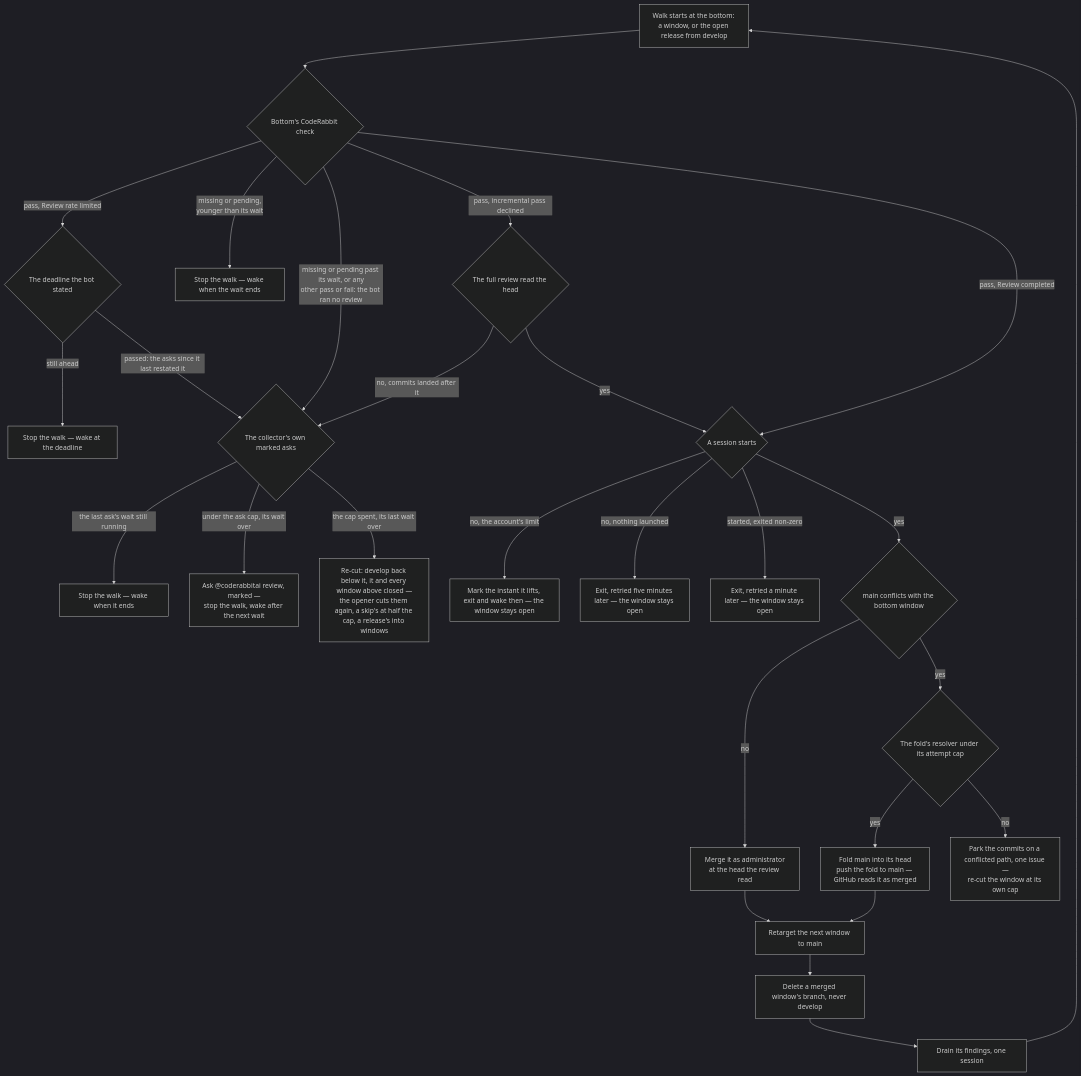
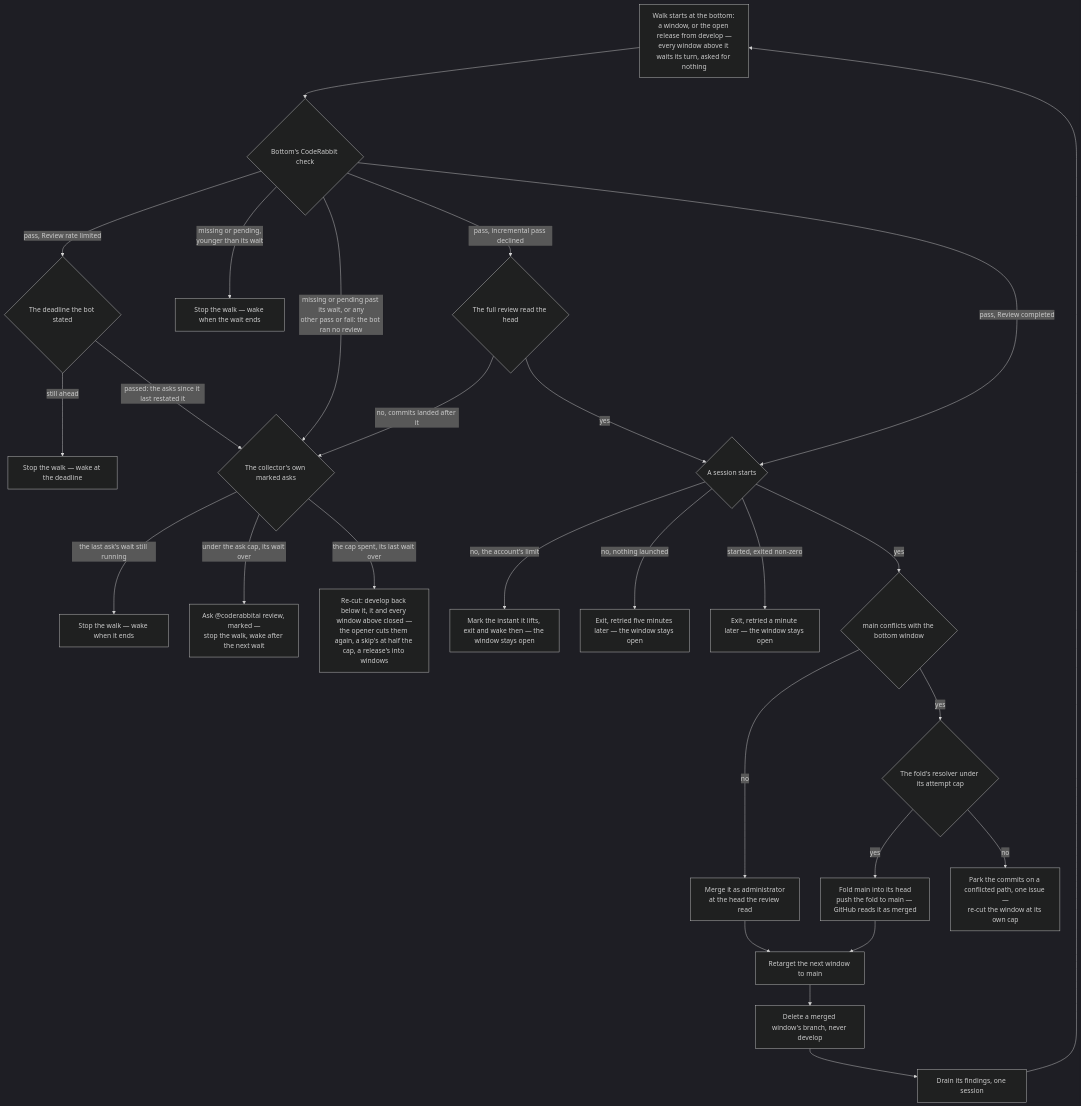
Before and after one commit to Esposter/Esposter: the diagram in apps/web/content/docs/infra/review-collector/collection-cycle/gate-and-merge.md, drawn with Mermaid (dark theme). The commit also changed other lines of this file and 13 other files, not shown here.

First line of the commit message:
fix(scripts): the stack holds at most OPEN_WINDOW_CAP windows open, and only the window next to merge is asked for its review

````diff
--- a/apps/web/content/docs/infra/review-collector/collection-cycle/gate-and-merge.md
+++ b/apps/web/content/docs/infra/review-collector/collection-cycle/gate-and-merge.md
@@ -14,27 +14,27 @@
 ```mermaid
 flowchart TD
-  S[Walk starts at the bottom: a window, or the open release from develop] --> ST{Bottom's CodeRabbit check}
+  S[Walk starts at the bottom: a window, or the open release from develop —<br/>every window above it waits its turn, asked for nothing] --> ST{Bottom's CodeRabbit check}
   ST -->|pass, Review rate limited| RL{The deadline the bot stated}
   RL -->|still ahead| RW[Stop the walk — wake at the deadline]
   RL -->|passed: the asks since it last restated it| AK
   ST -->|missing or pending,<br/>younger than its wait| X2[Stop the walk — wake when the wait ends]
   ST -->|missing or pending past its wait, or any<br/>other pass or fail: the bot ran no review| AK{The collector's own marked asks}
   ST -->|pass, incremental pass declined| SK{The full review read the head}
   SK -->|no, commits landed after it| AK
   AK -->|the last ask's wait still running| AW[Stop the walk — wake when it ends]
   AK -->|under the ask cap, its wait over| AS[Ask @coderabbitai review, marked —<br/>stop the walk, wake after the next wait]
   AK -->|the cap spent, its last wait over| RC[Re-cut: develop back below it, it and every window above closed —<br/>the opener cuts them again, a skip's at half the cap, a release's into windows]
   ST -->|pass, Review completed| PB{A session starts}
   SK -->|yes| PB
   PB -->|no, the account's limit| X3[Mark the instant it lifts, exit and wake then — the window stays open]
   PB -->|no, nothing launched| XL[Exit, retried five minutes later — the window stays open]
   PB -->|started, exited non-zero| X4[Exit, retried a minute later — the window stays open]
   PB -->|yes| FC{main conflicts with the bottom window}
   FC -->|no| MG[Merge it as administrator<br/>at the head the review read]
   FC -->|yes| FA{The fold's resolver under its attempt cap}
   FA -->|yes| FR[Fold main into its head<br/>push the fold to main — GitHub reads it as merged]
   FA -->|no| FP[Park the commits on a conflicted path, one issue —<br/>re-cut the window at its own cap]
   MG --> RT[Retarget the next window to main]
   FR --> RT
   RT --> DL[Delete a merged window's branch, never develop] --> DR[Drain its findings, one session] --> S
 ```
````
